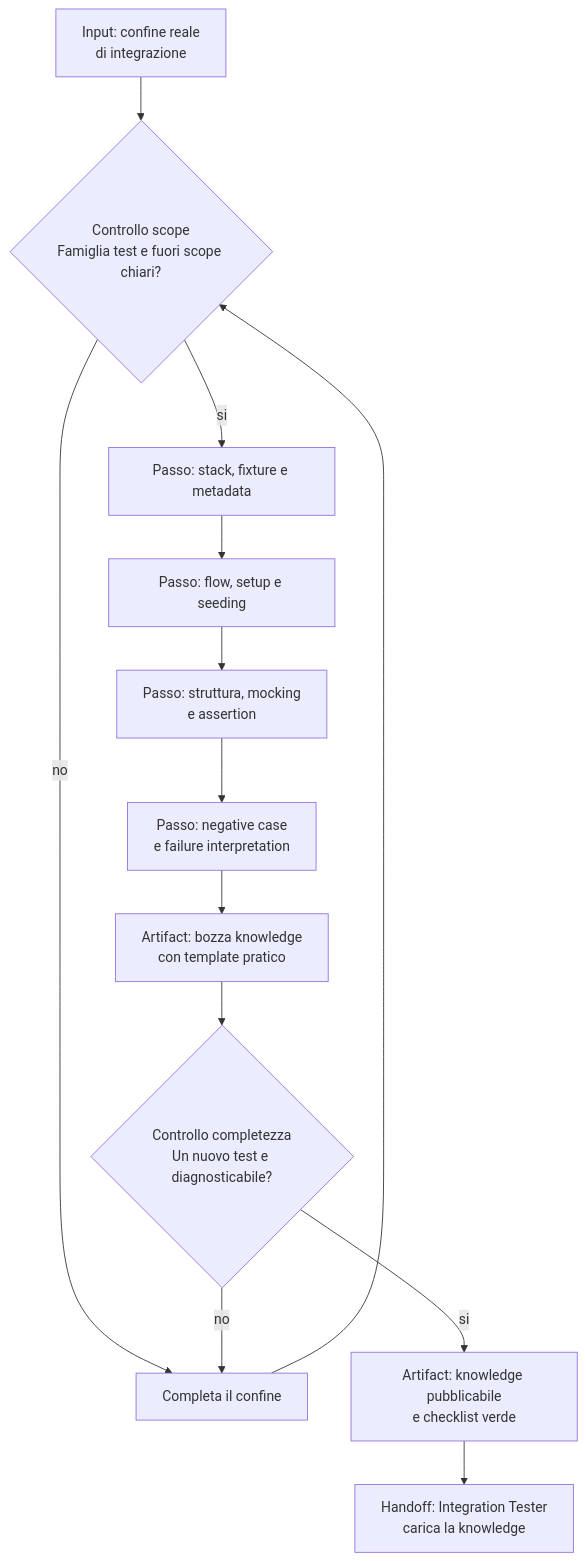
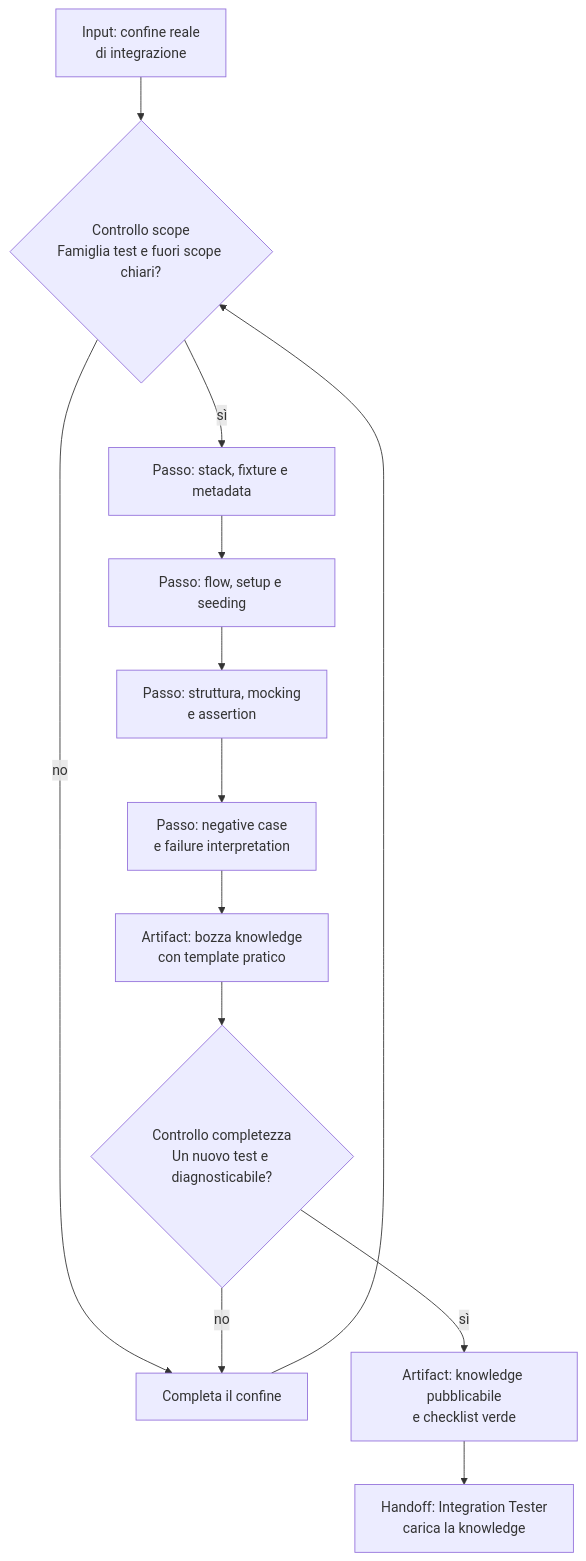
The diagram in role-maps/skills/integration-test-knowledge-checklist.md (violabg/agentic-system-lessons), drawn with Mermaid before and after one commit. The commit also changed other lines of this file and 51 other files, not shown here.

````diff
--- a/role-maps/skills/integration-test-knowledge-checklist.md
+++ b/role-maps/skills/integration-test-knowledge-checklist.md
@@ -15,15 +17,15 @@
 ```mermaid
 flowchart TD
     Boundary[Input: confine reale<br/>di integrazione] --> G1{Controllo scope<br/>Famiglia test e fuori scope chiari?}
     G1 -->|no| Refine[Completa il confine]
     Refine --> G1
-    G1 -->|si| Stack[Passo: stack, fixture e metadata]
+    G1 -->|sì| Stack[Passo: stack, fixture e metadata]
     Stack --> Setup[Passo: flow, setup e seeding]
     Setup --> Shape[Passo: struttura, mocking<br/>e assertion]
     Shape --> Failures[Passo: negative case<br/>e failure interpretation]
     Failures --> Draft[Artifact: bozza knowledge<br/>con template pratico]
     Draft --> G2{Controllo completezza<br/>Un nuovo test e diagnosticabile?}
     G2 -->|no| Refine
-    G2 -->|si| Green[Artifact: knowledge pubblicabile<br/>e checklist verde]
+    G2 -->|sì| Green[Artifact: knowledge pubblicabile<br/>e checklist verde]
     Green --> Handoff[Handoff: Integration Tester<br/>carica la knowledge]
 ```
````
